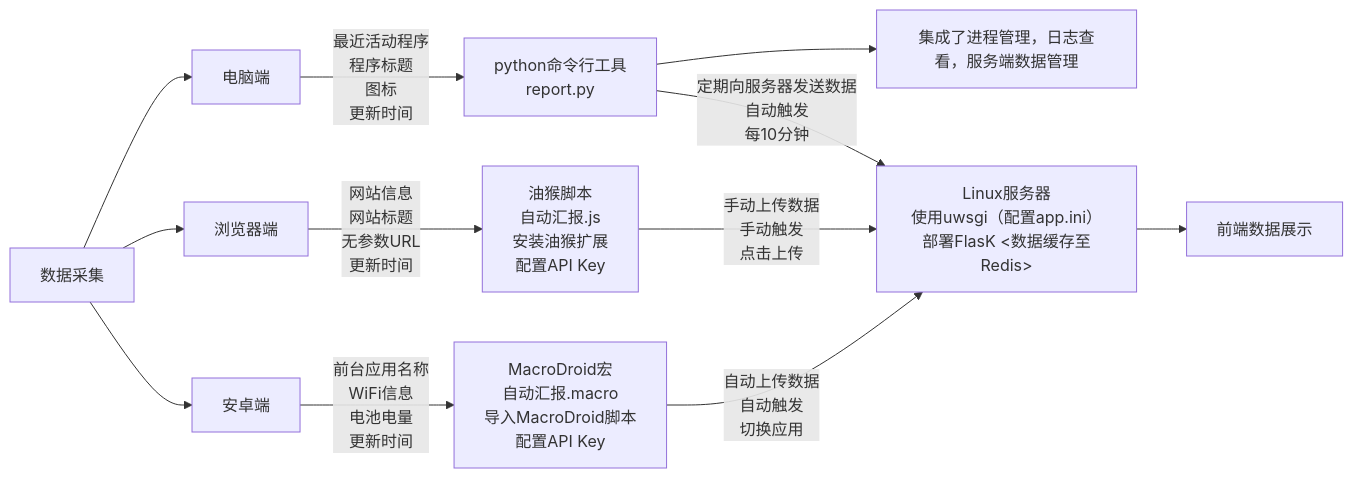
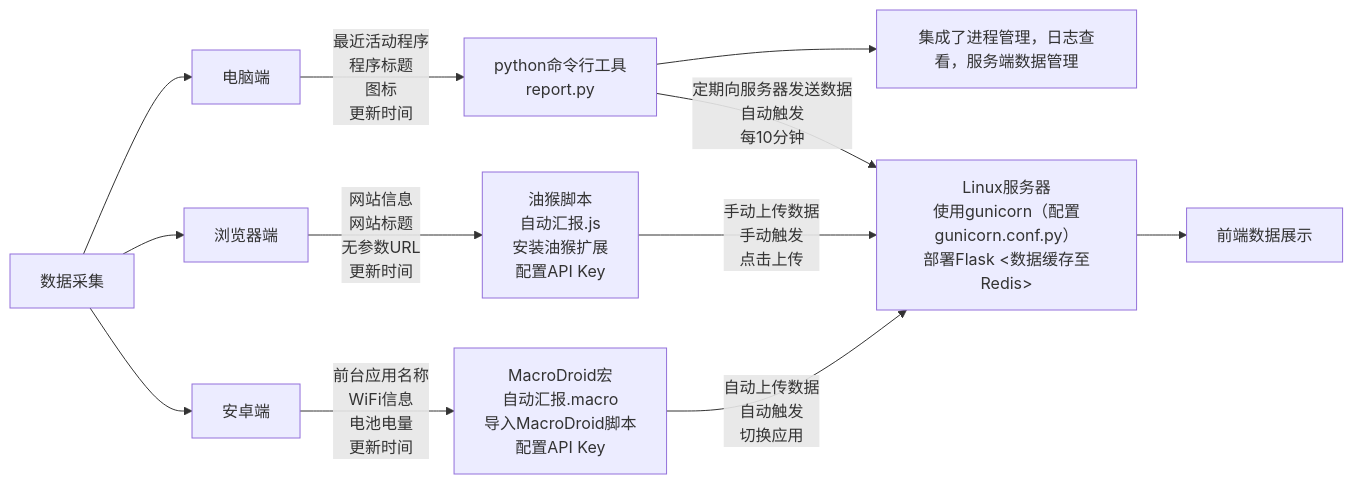
One commit to 2412322029/seeme changed the diagram in Readme.md. Above: the diagram before and after it, drawn with Mermaid. The commit also changed other lines of this file and 4 other files, not shown here.

````diff
--- a/Readme.md
+++ b/Readme.md
@@ -10,21 +10,21 @@
 ```mermaid
 graph LR
     A[数据采集] --> B[电脑端]
     A --> C[ 浏览器端]
     A --> D[安卓端]
-	F[Linux服务器<br>使用uwsgi（配置app.ini）<br>部署FlasK <数据缓存至Redis> ]
+	F[Linux服务器<br>使用gunicorn（配置gunicorn.conf.py）<br>部署Flask <数据缓存至Redis> ]
 	
 	F --> x[前端数据展示]
 	
 	L[python命令行工具<br> report.py]
 	M[油猴脚本<br>自动汇报.js<br>  安装油猴扩展<br>配置API Key]
 	N[MacroDroid宏<br>自动汇报.macro<br> 导入MacroDroid脚本<br>配置API Key]
     L--> Y[集成了进程管理，日志查看，服务端数据管理]
     B-->|最近活动程序<br>程序标题<br>图标<br>更新时间 | L
     C-->|网站信息<br>网站标题<br>无参数URL<br>更新时间| M
     D -->|前台应用名称<br>WiFi信息<br>电池电量<br>更新时间 | N
 
     L -->|定期向服务器发送数据<br>自动触发<br>每10分钟| F
     M -->|手动上传数据<br>手动触发<br>点击上传| F
     N -->|自动上传数据<br>自动触发<br>切换应用| F
 ```
````
